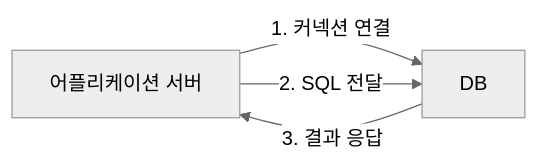
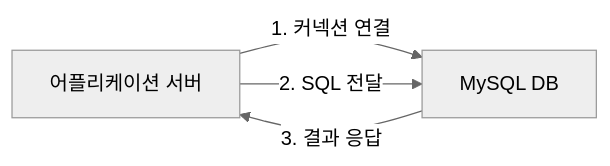
Before and after one commit to choiexe1/blog: the second of 2 diagrams in content/Resources/프로그래밍/Java/김영한의 스프링/DB 1편/1. JDBC 이해.md, drawn with Mermaid (neutral theme). The commit also changed other lines of this file, not shown here.

````diff
--- a/content/Resources/프로그래밍/Java/김영한의 스프링/DB 1편/1. JDBC 이해.md
+++ b/content/Resources/프로그래밍/Java/김영한의 스프링/DB 1편/1. JDBC 이해.md
@@ -29,9 +28,9 @@
 ```mermaid
 graph LR
 Server["어플리케이션 서버"]
-DB
+DB["MySQL DB"]
 
 Server -->|1. 커넥션 연결| DB
 Server -->|2. SQL 전달| DB
 DB -->|3. 결과 응답| Server
 ```
````
